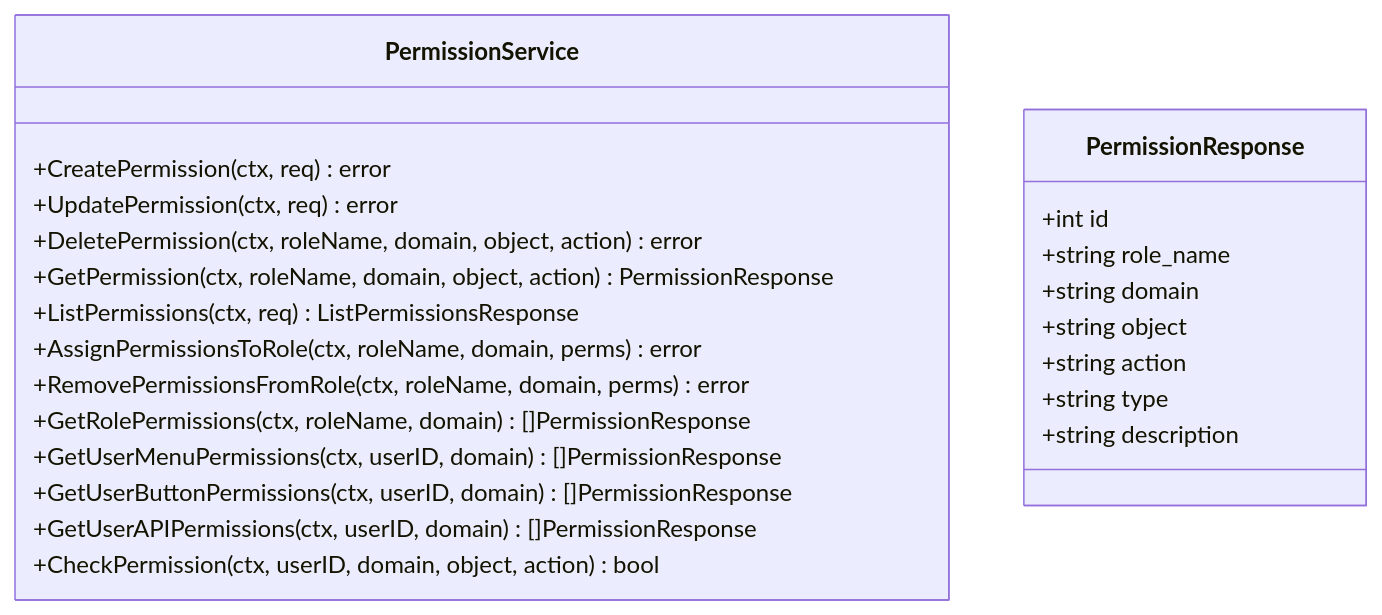
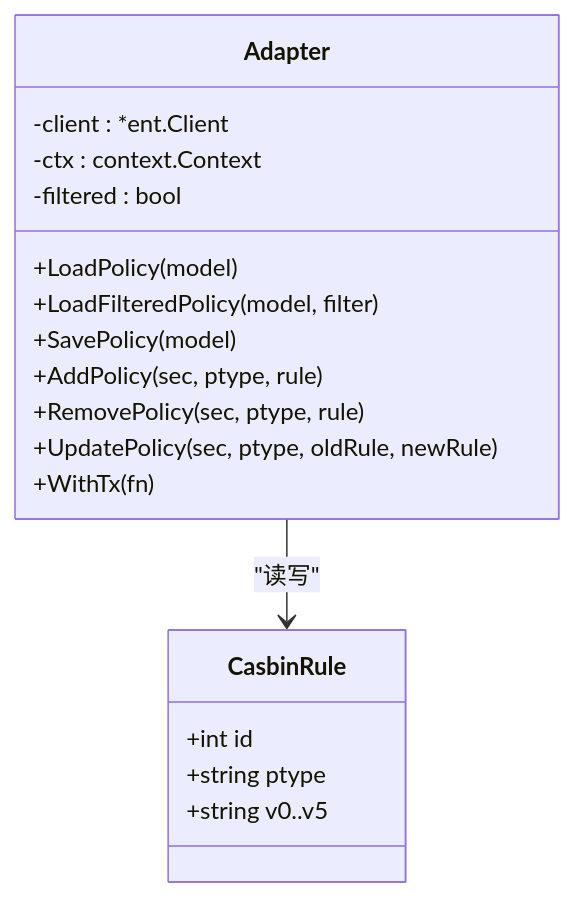
The sixth of 8 diagrams in .qoder/repowiki/zh/content/项目概述.md (wuwuseo/e-sports-go-admin), drawn with Mermaid before and after one commit. The commit also changed other lines of this file and 141 other files, not shown here.

````diff
--- a/.qoder/repowiki/zh/content/项目概述.md
+++ b/.qoder/repowiki/zh/content/项目概述.md
@@ -316,26 +301,21 @@
 ```mermaid
 classDiagram
-class PermissionService {
-+CreatePermission(ctx, req) error
-+UpdatePermission(ctx, req) error
-+DeletePermission(ctx, roleName, domain, object, action) error
-+GetPermission(ctx, roleName, domain, object, action) PermissionResponse
-+ListPermissions(ctx, req) ListPermissionsResponse
-+AssignPermissionsToRole(ctx, roleName, domain, perms) error
-+RemovePermissionsFromRole(ctx, roleName, domain, perms) error
-+GetRolePermissions(ctx, roleName, domain) []PermissionResponse
-+GetUserMenuPermissions(ctx, userID, domain) []PermissionResponse
-+GetUserButtonPermissions(ctx, userID, domain) []PermissionResponse
-+GetUserAPIPermissions(ctx, userID, domain) []PermissionResponse
-+CheckPermission(ctx, userID, domain, object, action) bool
+class Adapter {
+-client : *ent.Client
+-ctx : context.Context
+-filtered : bool
++LoadPolicy(model)
++LoadFilteredPolicy(model, filter)
++SavePolicy(model)
++AddPolicy(sec, ptype, rule)
++RemovePolicy(sec, ptype, rule)
++UpdatePolicy(sec, ptype, oldRule, newRule)
++WithTx(fn)
 }
-class PermissionResponse {
+class CasbinRule {
 +int id
-+string role_name
-+string domain
-+string object
-+string action
-+string type
-+string description
++string ptype
++string v0..v5
 }
+Adapter --> CasbinRule : "读写"
 ```
````
